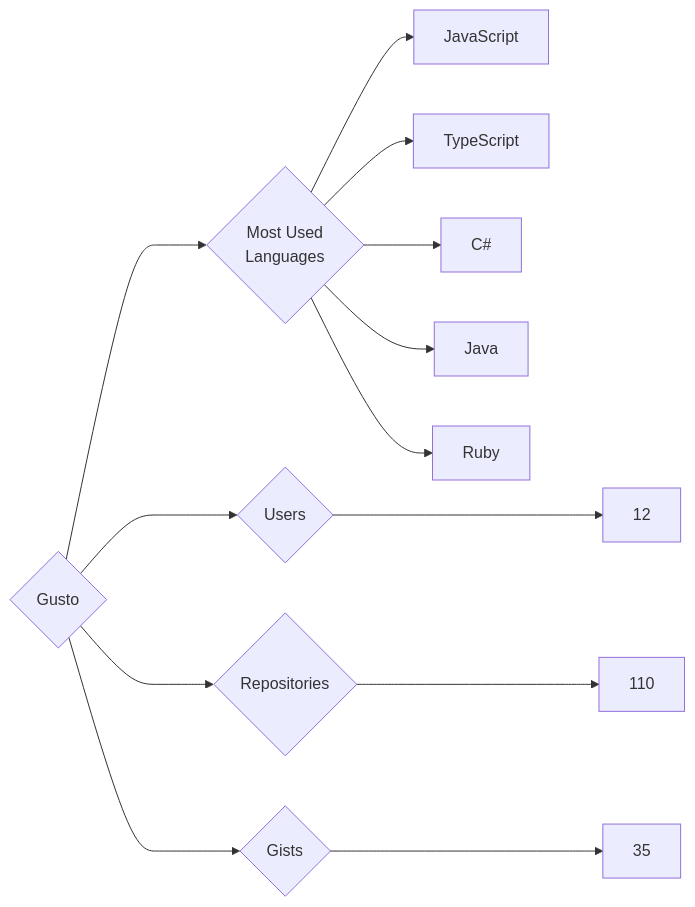
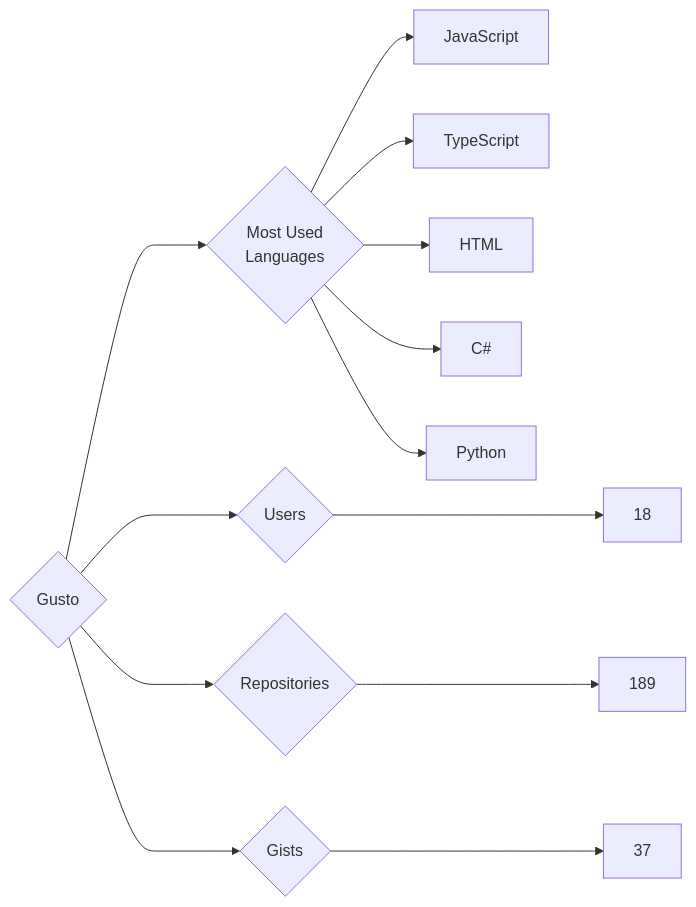
Before and after one commit to trickest/insiders: the diagram in targets/Gusto/README.md, drawn with Mermaid. The commit also changed 845 other files, not shown here.

````diff
--- a/targets/Gusto/README.md
+++ b/targets/Gusto/README.md
@@ -3,13 +3,13 @@
 ```mermaid
 graph LR
 COMPANY_NAME{Gusto}
-COMPANY_NAME ---> U{Users} ---> UN[12]
-COMPANY_NAME ---> R{Repositories} ---> RN[110]
-COMPANY_NAME ---> G{Gists} ---> GN[35]
+COMPANY_NAME ---> U{Users} ---> UN[18]
+COMPANY_NAME ---> R{Repositories} ---> RN[189]
+COMPANY_NAME ---> G{Gists} ---> GN[37]
 COMPANY_NAME ---> ML{Most Used<br>Languages}
 ML --> JavaScript[JavaScript]
 ML --> TypeScript[TypeScript]
+ML --> HTML[HTML]
 ML --> C#[C#]
-ML --> Java[Java]
-ML --> Ruby[Ruby]
+ML --> Python[Python]
 ```
````
